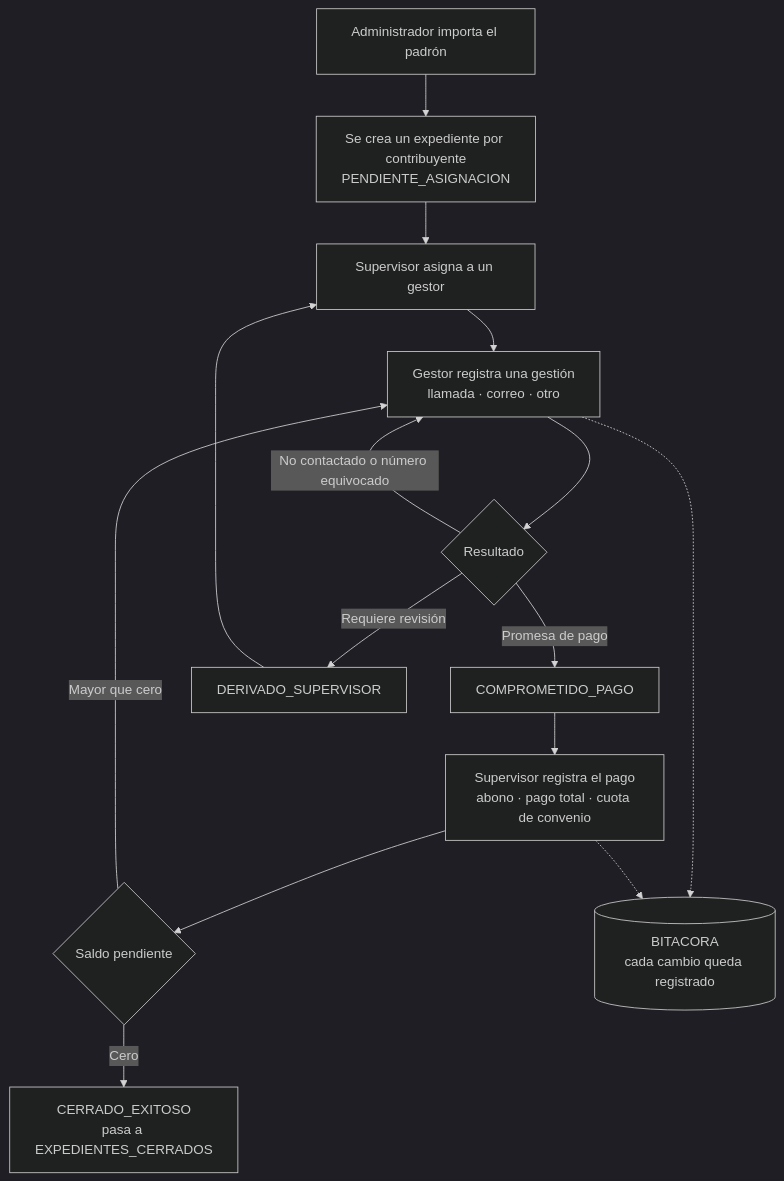
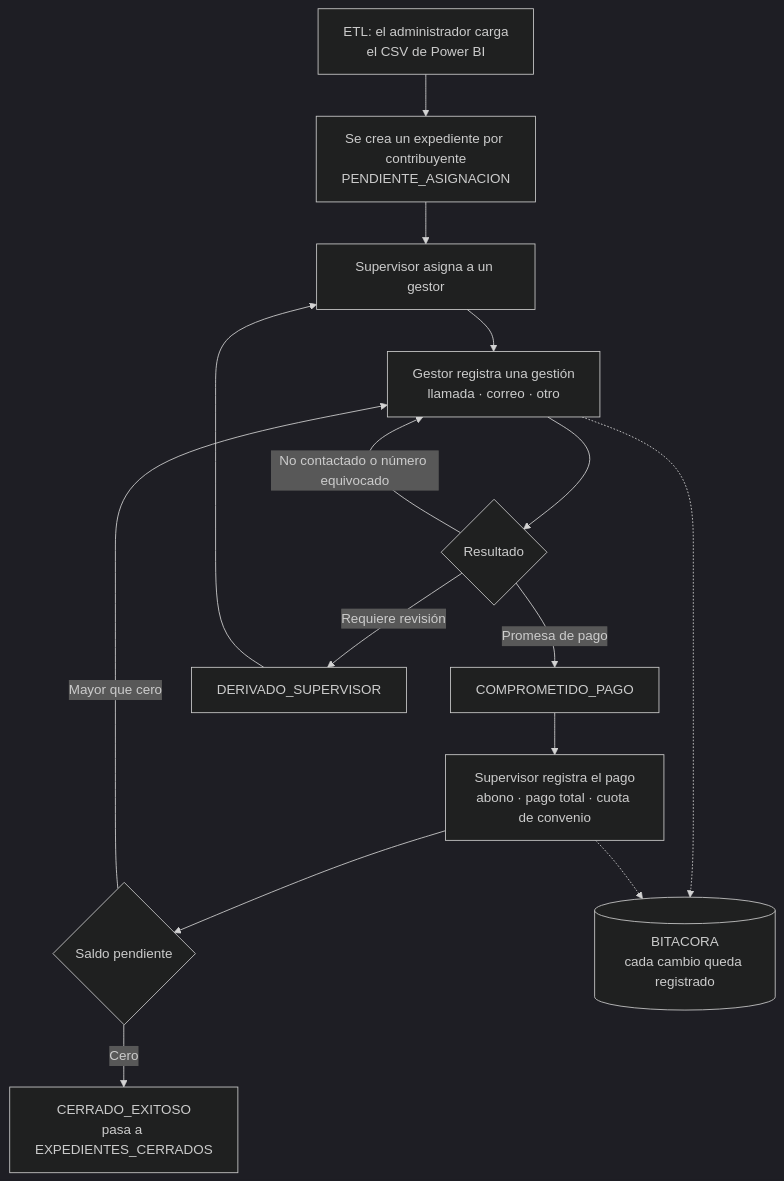
One commit to jamil73jev/Financial-Collections-Management-System changed the third of 4 diagrams in README.md. Above: the diagram before and after it, drawn with Mermaid (dark theme). The commit also changed other lines of this file and 4 other files, not shown here.

First line of the commit message:
Documentar SIGECO como ETL: flujo Power BI, DAX Studio, Apps Script, Sheets y app web

````diff
--- a/README.md
+++ b/README.md
@@ -57,17 +90,17 @@
 ```mermaid
 flowchart TD
-    I["Administrador importa el padrón"] --> E["Se crea un expediente por contribuyente<br/>PENDIENTE_ASIGNACION"]
+    I["ETL: el administrador carga<br/>el CSV de Power BI"] --> E["Se crea un expediente por contribuyente<br/>PENDIENTE_ASIGNACION"]
     E --> AS["Supervisor asigna a un gestor"]
     AS --> GE["Gestor registra una gestión<br/>llamada · correo · otro"]
     GE --> R{"Resultado"}
     R -->|"No contactado o número equivocado"| GE
     R -->|"Promesa de pago"| C["COMPROMETIDO_PAGO"]
     R -->|"Requiere revisión"| D["DERIVADO_SUPERVISOR"]
     D --> AS
     C --> P["Supervisor registra el pago<br/>abono · pago total · cuota de convenio"]
     P --> Z{"Saldo pendiente"}
     Z -->|"Mayor que cero"| GE
     Z -->|"Cero"| X["CERRADO_EXITOSO<br/>pasa a EXPEDIENTES_CERRADOS"]
     GE -.-> B[("BITACORA<br/>cada cambio queda registrado")]
     P -.-> B
 ```
````
